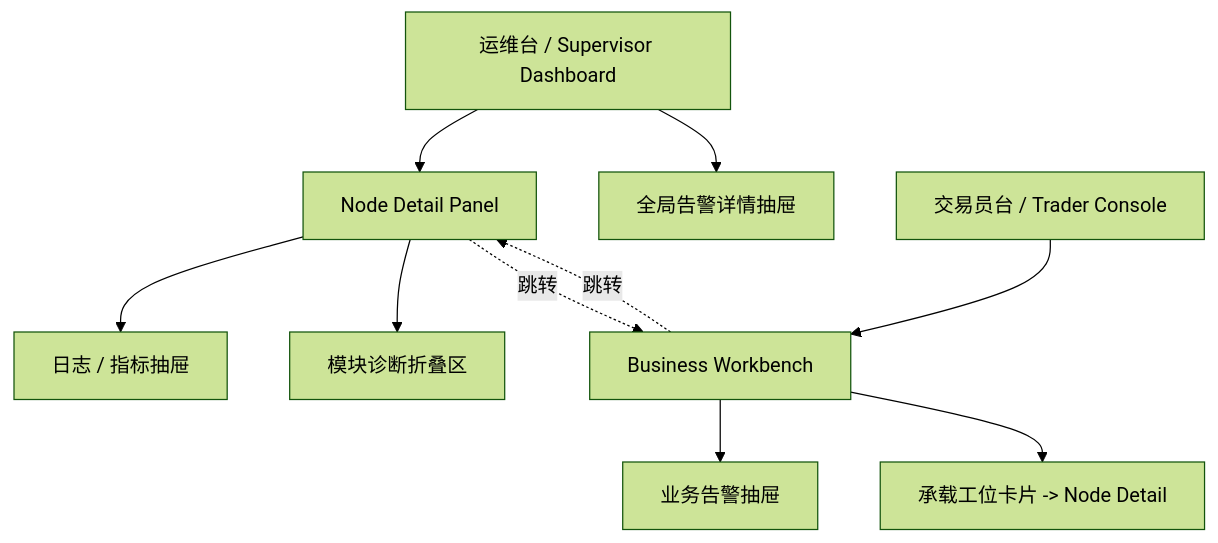
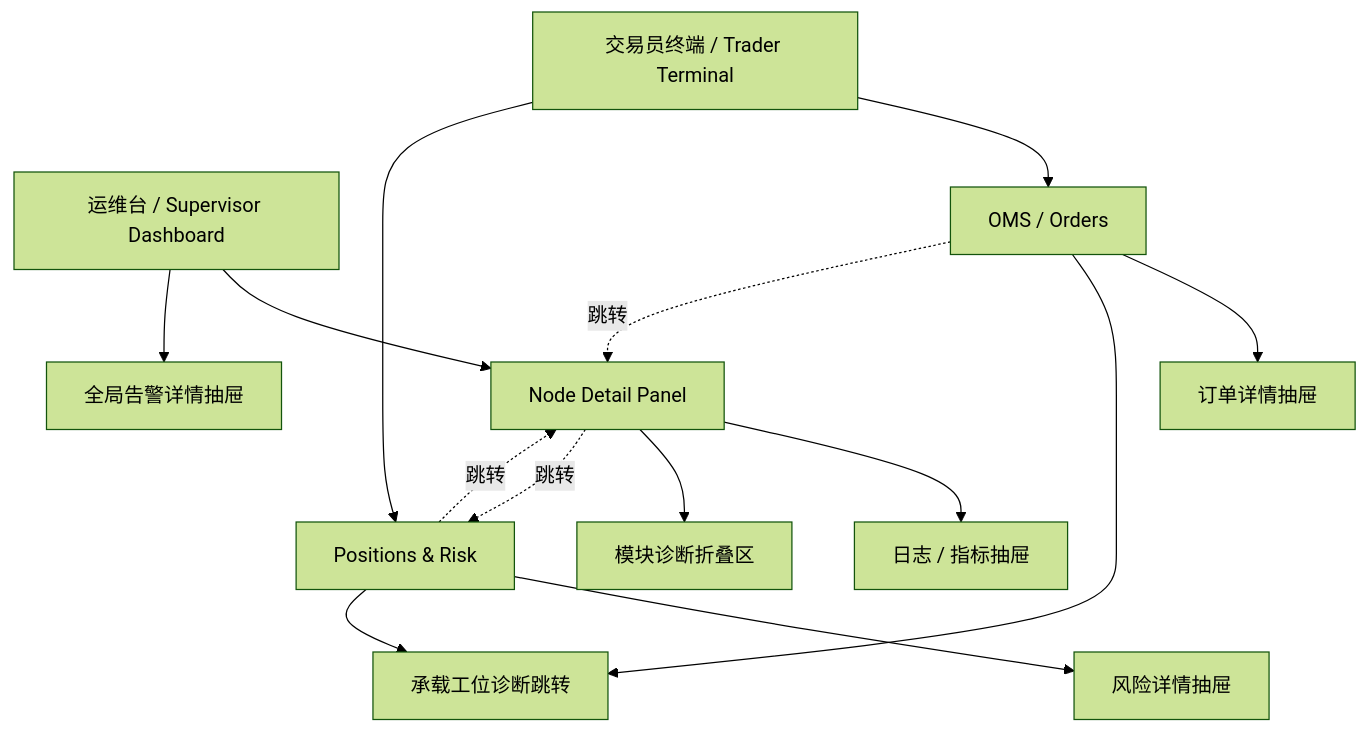
The diagram in docs/architecture/supervisor_dashboard_wireframes.md (atxinbao/NTPRO), drawn with Mermaid (forest theme) before and after one commit. The commit also changed other lines of this file and 1 other file, not shown here.

Commit message:
refine trader terminal product docs

````diff
--- a/docs/architecture/supervisor_dashboard_wireframes.md
+++ b/docs/architecture/supervisor_dashboard_wireframes.md
@@ -33,14 +34,18 @@
 ```mermaid
 flowchart TD
     A["运维台 / Supervisor Dashboard"] --> B["Node Detail Panel"]
     A --> C["全局告警详情抽屉"]
     B --> D["日志 / 指标抽屉"]
     B --> E["模块诊断折叠区"]
 
-    F["交易员台 / Trader Console"] --> G["Business Workbench"]
-    G --> H["业务告警抽屉"]
-    G --> I["承载工位卡片 -> Node Detail"]
+    F["交易员终端 / Trader Terminal"] --> G["OMS / Orders"]
+    F --> H["Positions & Risk"]
+    G --> I["订单详情抽屉"]
+    H --> J["风险详情抽屉"]
+    G --> K["承载工位诊断跳转"]
+    H --> K
 
-    B -.跳转.-> G
+    B -.跳转.-> H
     G -.跳转.-> B
+    H -.跳转.-> B
 ```
````
